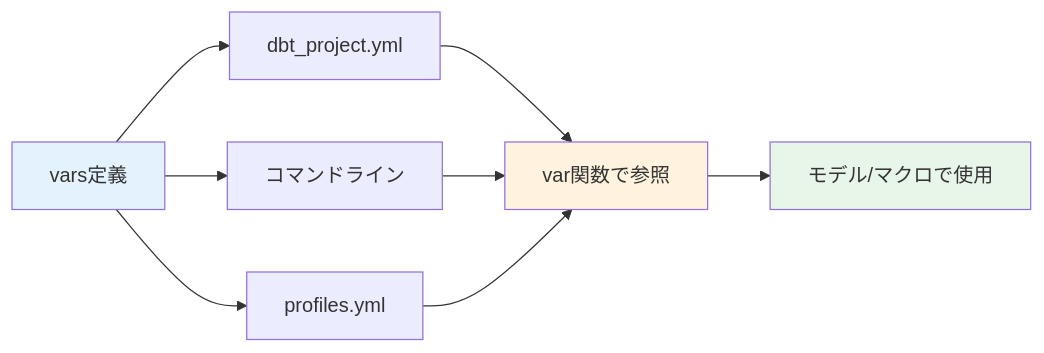
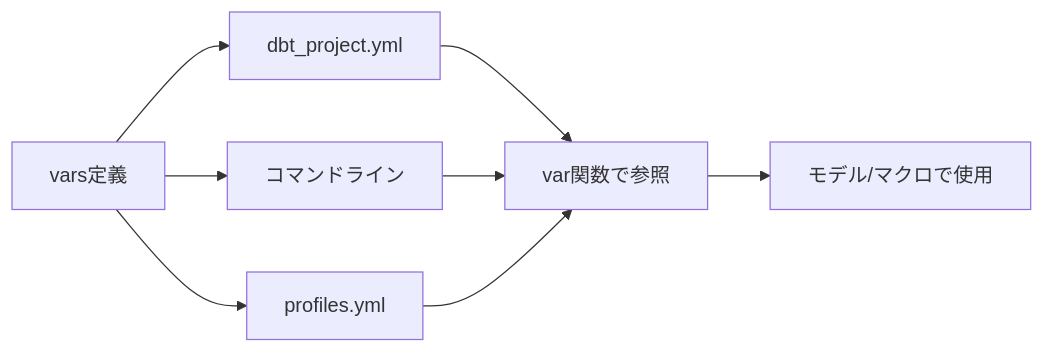
Before and after one commit to 1210yuichi0/1210yuichi0.github.io: the second of 11 diagrams in content/Tech/dbt/categories/other-config.md, drawn with Mermaid. The commit also changed other lines of this file and 22 other files, not shown here.

First line of the commit message:
style: remove Mermaid style directives for dark mode compatibility

````diff
--- a/content/Tech/dbt/categories/other-config.md
+++ b/content/Tech/dbt/categories/other-config.md
@@ -105,16 +98,13 @@
 ```mermaid
 flowchart LR
     A[vars定義] --> B[dbt_project.yml]
     A --> C[コマンドライン]
     A --> D[profiles.yml]
 
     B --> E[var関数で参照]
     C --> E
     D --> E
 
     E --> F[モデル/マクロで使用]
 
-    style A fill:#e3f2fd
-    style E fill:#fff3e0
-    style F fill:#e8f5e9
 ```
````
